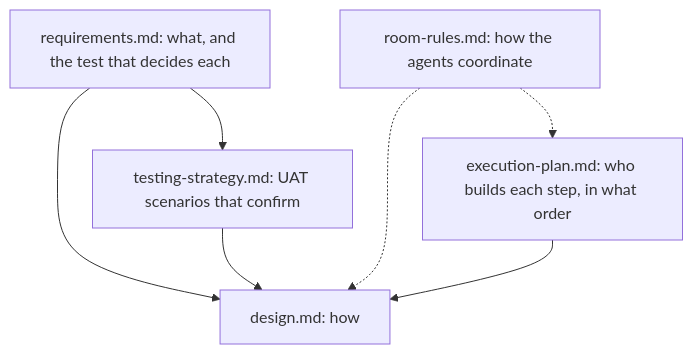
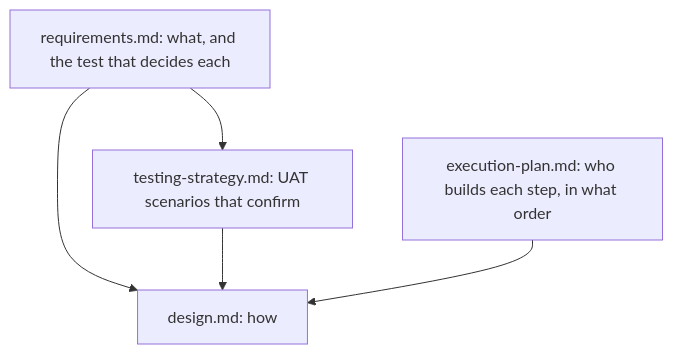
One commit to HJeon139/postbox changed the diagram in designs/508/README.md. Above: the diagram before and after it, drawn with Mermaid. The commit also changed other lines of this file and 5 other files, not shown here.

````diff
--- a/designs/508/README.md
+++ b/designs/508/README.md
@@ -7,9 +7,7 @@
 ```mermaid
 flowchart TD
   R["requirements.md: what, and the test that decides each"] --> D["design.md: how"]
   R --> T["testing-strategy.md: UAT scenarios that confirm"]
   T --> D
-  U["room-rules.md: how the agents coordinate"] -.-> D
   E["execution-plan.md: who builds each step, in what order"] --> D
-  U -.-> E
 ```
````
